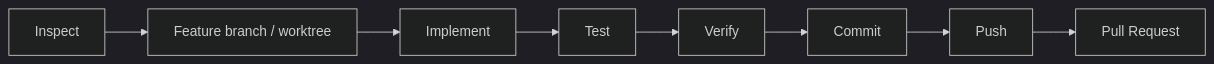
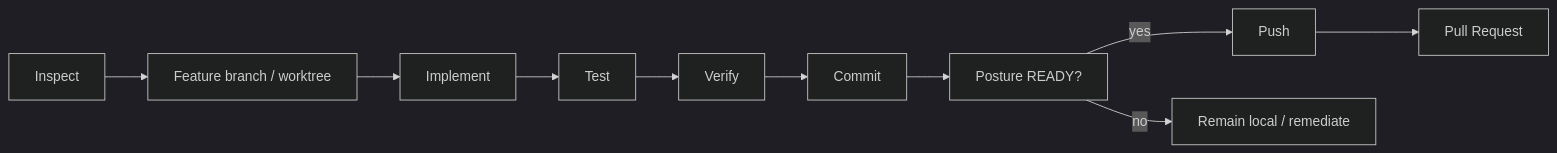
The second of 2 diagrams in AGENTS.md (tomo-chan/agent-harness), drawn with Mermaid (dark theme) before and after one commit. The commit also changed other lines of this file, not shown here.

Commit message:
docs: align AGENTS.md with posture-aware simple architecture

````diff
--- a/AGENTS.md
+++ b/AGENTS.md
@@ -140,10 +116,12 @@
 ```mermaid
 flowchart LR
     I[Inspect] --> W[Feature branch / worktree]
     W --> M[Implement]
     M --> T[Test]
     T --> V[Verify]
     V --> C[Commit]
-    C --> P[Push]
-    P --> R[Pull Request]
+    C --> P[Posture READY?]
+    P -->|yes| U[Push]
+    U --> R[Pull Request]
+    P -->|no| L[Remain local / remediate]
 ```
````
